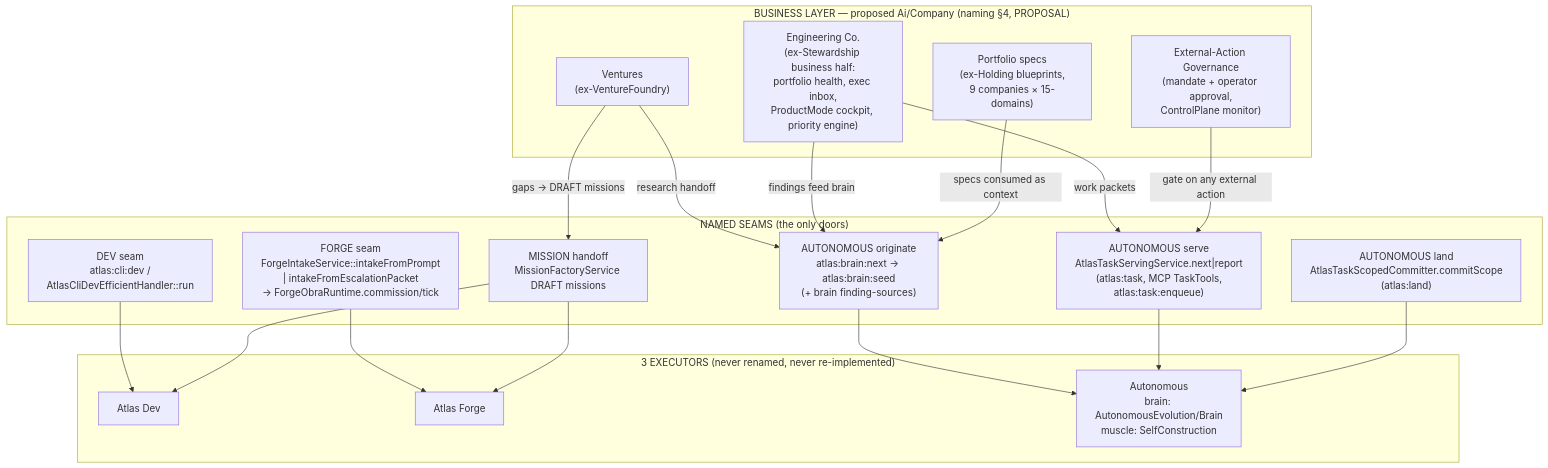
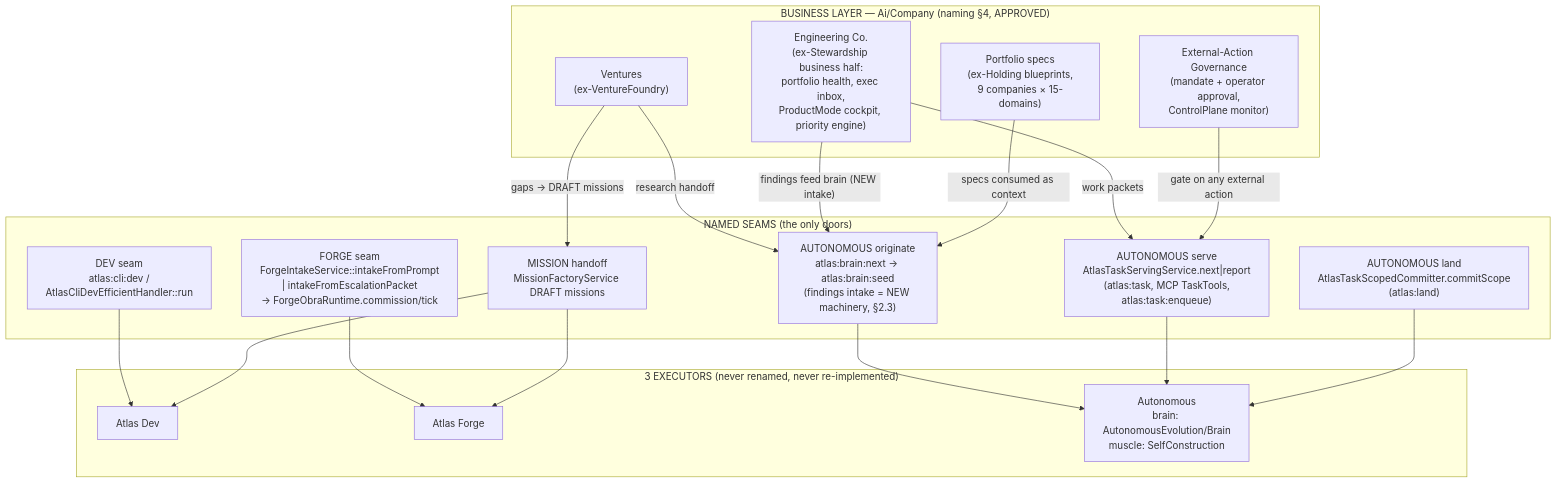
The diagram in docs/evidence/2026-07-22-atlas-server-god-debulk/ARCH-BLUEPRINTS/EnterpriseExecutorUnification.md (Vitorepf/atlas-server), drawn with Mermaid before and after one commit. The commit also changed other lines of this file, not shown here.

````diff
--- a/docs/evidence/2026-07-22-atlas-server-god-debulk/ARCH-BLUEPRINTS/EnterpriseExecutorUnification.md
+++ b/docs/evidence/2026-07-22-atlas-server-god-debulk/ARCH-BLUEPRINTS/EnterpriseExecutorUnification.md
@@ -13,38 +19,38 @@
 ```mermaid
 flowchart TB
-    subgraph BIZ["BUSINESS LAYER — proposed Ai/Company (naming §4, PROPOSAL)"]
+    subgraph BIZ["BUSINESS LAYER — Ai/Company (naming §4, APPROVED)"]
         VEN["Ventures<br/>(ex-VentureFoundry)"]
         ENG["Engineering Co.<br/>(ex-Stewardship business half:<br/>portfolio health, exec inbox,<br/>ProductMode cockpit, priority engine)"]
         PORT["Portfolio specs<br/>(ex-Holding blueprints,<br/>9 companies × 15-domains)"]
         GOV["External-Action Governance<br/>(mandate + operator approval,<br/>ControlPlane monitor)"]
     end
 
     subgraph SEAMS["NAMED SEAMS (the only doors)"]
         S1["DEV seam<br/>atlas:cli:dev /<br/>AtlasCliDevEfficientHandler::run"]
         S2["FORGE seam<br/>ForgeIntakeService::intakeFromPrompt<br/>| intakeFromEscalationPacket<br/>→ ForgeObraRuntime.commission/tick"]
-        S3["AUTONOMOUS originate<br/>atlas:brain:next → atlas:brain:seed<br/>(+ brain finding-sources)"]
+        S3["AUTONOMOUS originate<br/>atlas:brain:next → atlas:brain:seed<br/>(findings intake = NEW machinery, §2.3)"]
         S4["AUTONOMOUS serve<br/>AtlasTaskServingService.next|report<br/>(atlas:task, MCP TaskTools,<br/>atlas:task:enqueue)"]
         S5["AUTONOMOUS land<br/>AtlasTaskScopedCommitter.commitScope<br/>(atlas:land)"]
         S6["MISSION handoff<br/>MissionFactoryService DRAFT missions"]
     end
 
     subgraph EXEC["3 EXECUTORS (never renamed, never re-implemented)"]
         DEV["Atlas Dev"]
         FORGE["Atlas Forge"]
         AUTO["Autonomous<br/>brain: AutonomousEvolution/Brain<br/>muscle: SelfConstruction"]
     end
 
     VEN -->|"gaps → DRAFT missions"| S6
     VEN -->|"research handoff"| S3
-    ENG -->|"findings feed brain"| S3
+    ENG -->|"findings feed brain (NEW intake)"| S3
     ENG -->|"work packets"| S4
     PORT -->|"specs consumed as context"| S3
     GOV -->|"gate on any external action"| S4
     S1 --> DEV
     S2 --> FORGE
     S6 --> DEV
     S6 --> FORGE
     S3 --> AUTO
     S4 --> AUTO
     S5 --> AUTO
 ```
````
